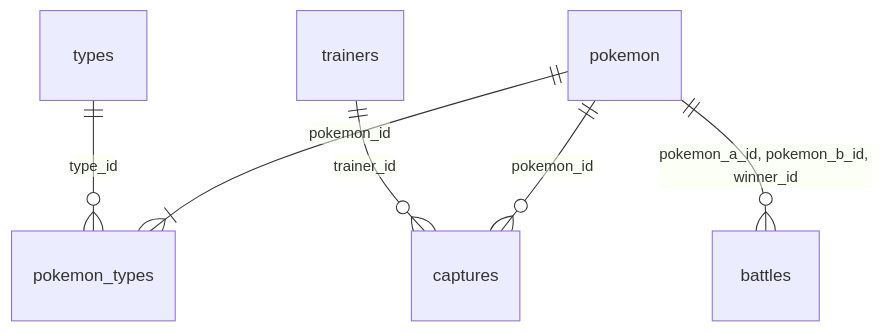
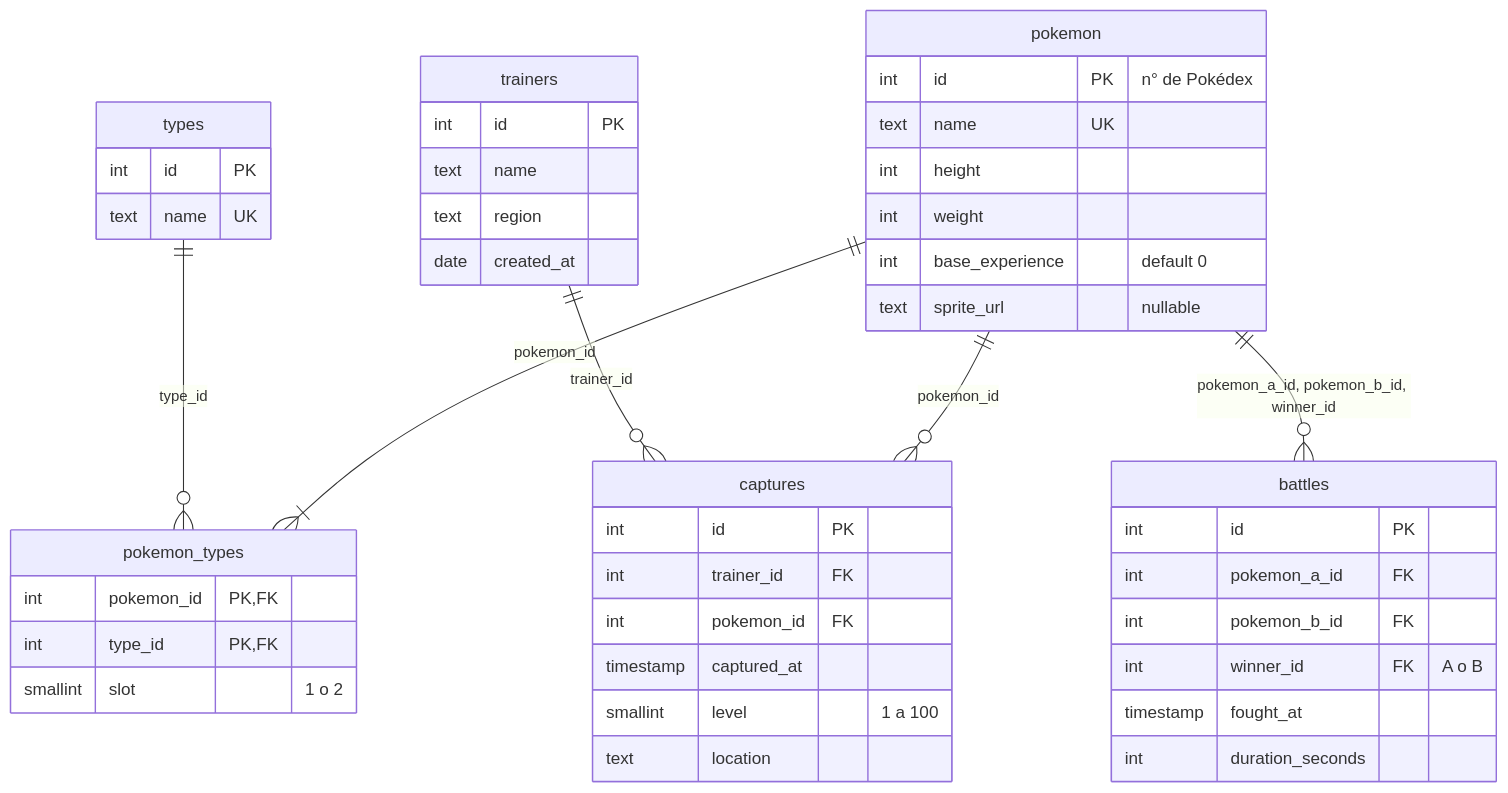
Before and after one commit to agustin-rios/pokemon: the second of 4 diagrams in README.md, drawn with Mermaid. The commit also changed other lines of this file and 3 other files, not shown here.

````diff
--- a/README.md
+++ b/README.md
@@ -135,8 +154,48 @@
 ```mermaid
 erDiagram
+  types {
+    int id PK
+    text name UK
+  }
+  pokemon {
+    int id PK "n° de Pokédex"
+    text name UK
+    int height
+    int weight
+    int base_experience "default 0"
+    text sprite_url "nullable"
+  }
+  pokemon_types {
+    int pokemon_id PK, FK
+    int type_id PK, FK
+    smallint slot "1 o 2"
+  }
+  trainers {
+    int id PK
+    text name
+    text region
+    date created_at
+  }
+  captures {
+    int id PK
+    int trainer_id FK
+    int pokemon_id FK
+    timestamp captured_at
+    smallint level "1 a 100"
+    text location
+  }
+  battles {
+    int id PK
+    int pokemon_a_id FK
+    int pokemon_b_id FK
+    int winner_id FK "A o B"
+    timestamp fought_at
+    int duration_seconds
+  }
+
   types ||--o{ pokemon_types : "type_id"
   pokemon ||--|{ pokemon_types : "pokemon_id"
   trainers ||--o{ captures : "trainer_id"
   pokemon ||--o{ captures : "pokemon_id"
   pokemon ||--o{ battles : "pokemon_a_id, pokemon_b_id, winner_id"
 ```
````
